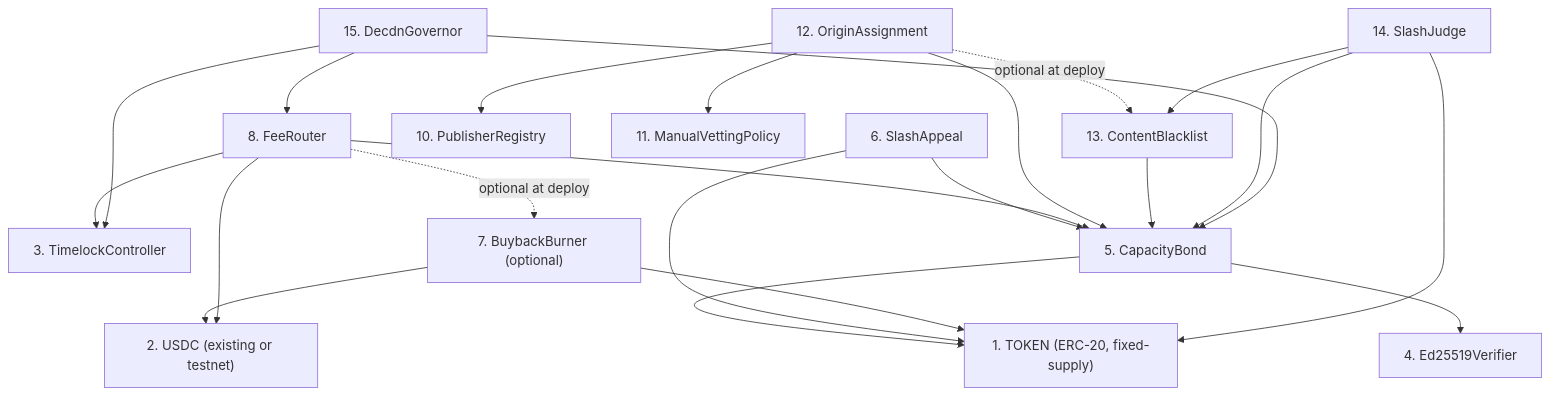
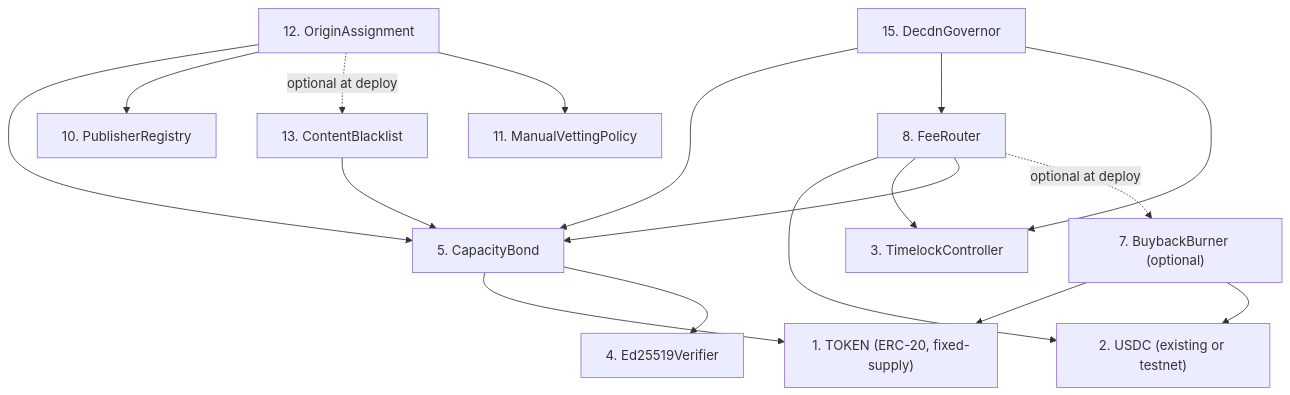
The second of 5 diagrams in adr/016-contract-interactions.md (decdn/decdn), drawn with Mermaid before and after one commit. The commit also changed other lines of this file and 291 other files, not shown here.

````diff
--- a/adr/016-contract-interactions.md
+++ b/adr/016-contract-interactions.md
@@ -341,39 +326,32 @@
 ```mermaid
 graph TD
     TOKEN["1. TOKEN (ERC-20, fixed-supply)"]
     USDC["2. USDC (existing or testnet)"]
     TL["3. TimelockController"]
     ED["4. Ed25519Verifier"]
     CBOND["5. CapacityBond"]
-    SA["6. SlashAppeal"]
     BB["7. BuybackBurner (optional)"]
     FR["8. FeeRouter"]
     PR["10. PublisherRegistry"]
     MVP["11. ManualVettingPolicy"]
     OA["12. OriginAssignment"]
     CB["13. ContentBlacklist"]
-    SJ["14. SlashJudge"]
     GOV["15. DecdnGovernor"]
 
     CBOND --> TOKEN
     CBOND --> ED
-    SA --> TOKEN
-    SA --> CBOND
     BB --> TOKEN
     BB --> USDC
     FR --> USDC
     FR --> TL
     FR --> CBOND
     FR -.->|"optional at deploy"| BB
     OA --> CBOND
     OA --> PR
     OA -.->|"optional at deploy"| CB
     OA --> MVP
     CB --> CBOND
-    SJ --> CBOND
-    SJ --> TOKEN
-    SJ --> CB
     GOV --> CBOND
     GOV --> FR
     GOV --> TL
 ```
````
